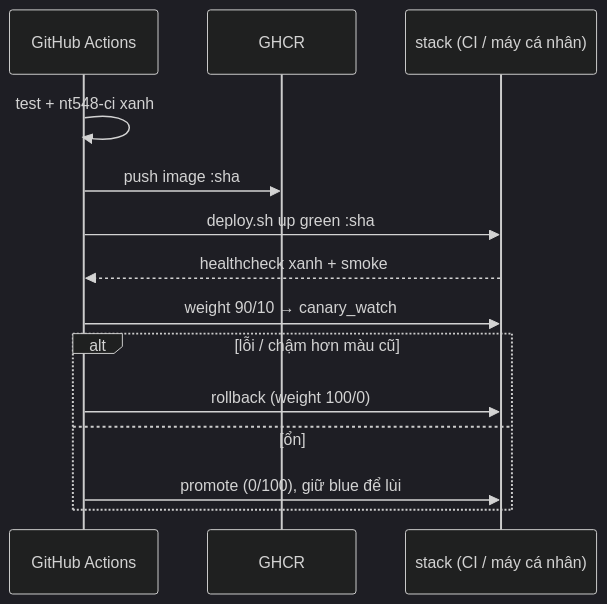
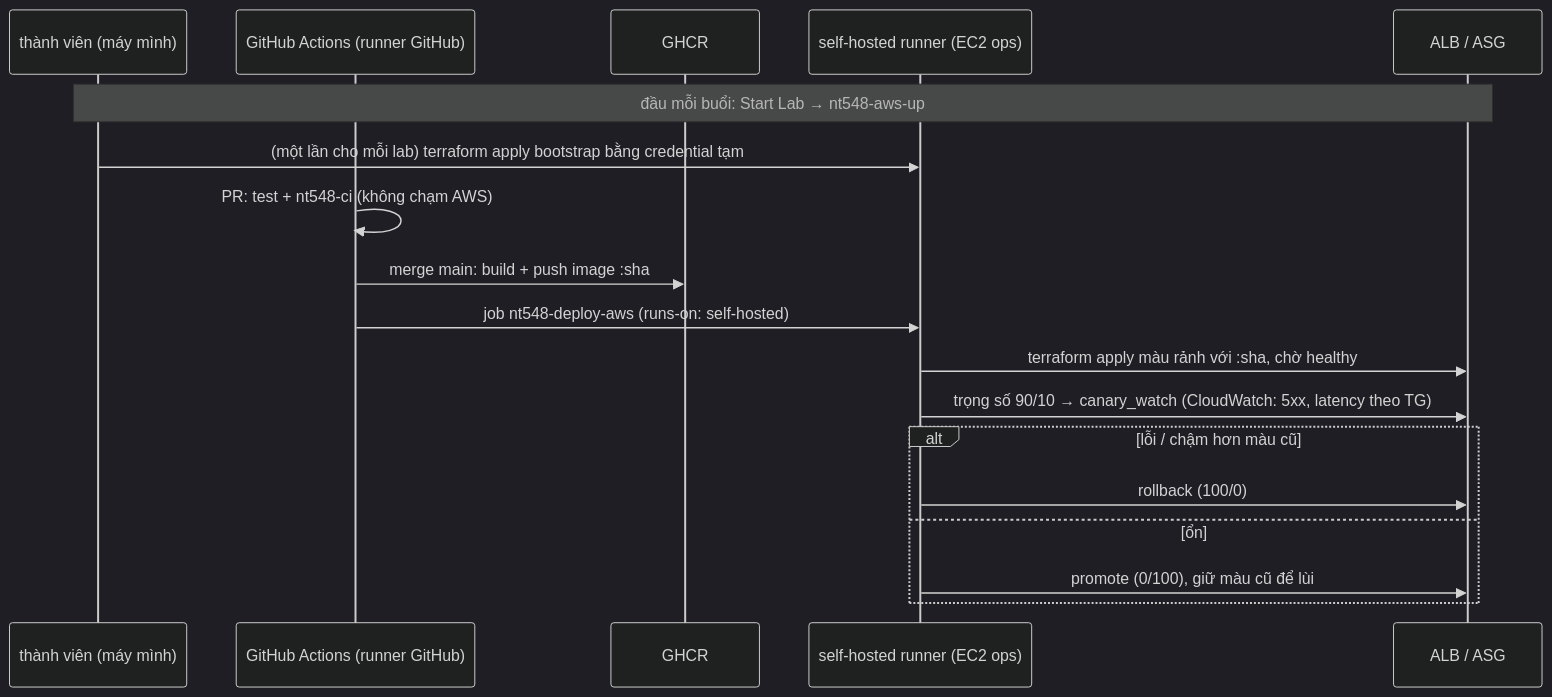
One commit to LuanLuKim/tripguardian-nt548 changed the second of 2 diagrams in docs/plans/2026-11-20-nt548-devops-design.md. Above: the diagram before and after it, drawn with Mermaid (dark theme). The commit also changed other lines of this file, not shown here.

Commit message:
docs(plans): NT548 design v3: AWS Learner Lab, self-hosted runner deploy, area x member split

````diff
--- a/docs/plans/2026-11-20-nt548-devops-design.md
+++ b/docs/plans/2026-11-20-nt548-devops-design.md
@@ -60,16 +72,20 @@
 ```mermaid
 sequenceDiagram
-  participant GH as GitHub Actions
+  participant Dev as thành viên (máy mình)
+  participant GH as GitHub Actions (runner GitHub)
   participant R as GHCR
-  participant S as stack (CI / máy cá nhân)
-  GH->>GH: test + nt548-ci xanh
-  GH->>R: push image :sha
-  GH->>S: deploy.sh up green :sha
-  S-->>GH: healthcheck xanh + smoke
-  GH->>S: weight 90/10 → canary_watch
+  participant SR as self-hosted runner (EC2 ops)
+  participant AWS as ALB / ASG
+  Note over Dev,AWS: đầu mỗi buổi: Start Lab → nt548-aws-up
+  Dev->>SR: (một lần cho mỗi lab) terraform apply bootstrap bằng credential tạm
+  GH->>GH: PR: test + nt548-ci (không chạm AWS)
+  GH->>R: merge main: build + push image :sha
+  GH->>SR: job nt548-deploy-aws (runs-on: self-hosted)
+  SR->>AWS: terraform apply màu rảnh với :sha, chờ healthy
+  SR->>AWS: trọng số 90/10 → canary_watch (CloudWatch: 5xx, latency theo TG)
   alt lỗi / chậm hơn màu cũ
-    GH->>S: rollback (weight 100/0)
+    SR->>AWS: rollback (100/0)
   else ổn
-    GH->>S: promote (0/100), giữ blue để lùi
+    SR->>AWS: promote (0/100), giữ màu cũ để lùi
   end
 ```
````
